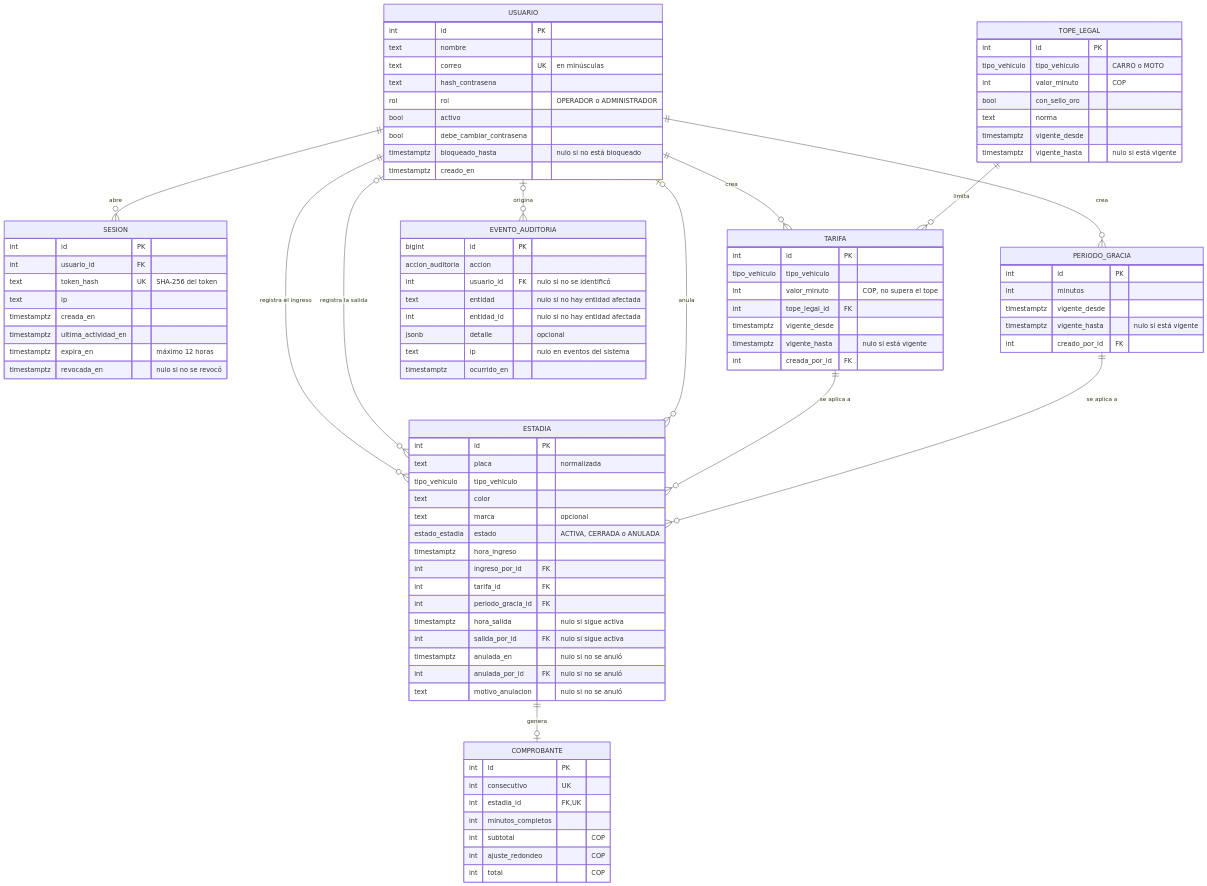
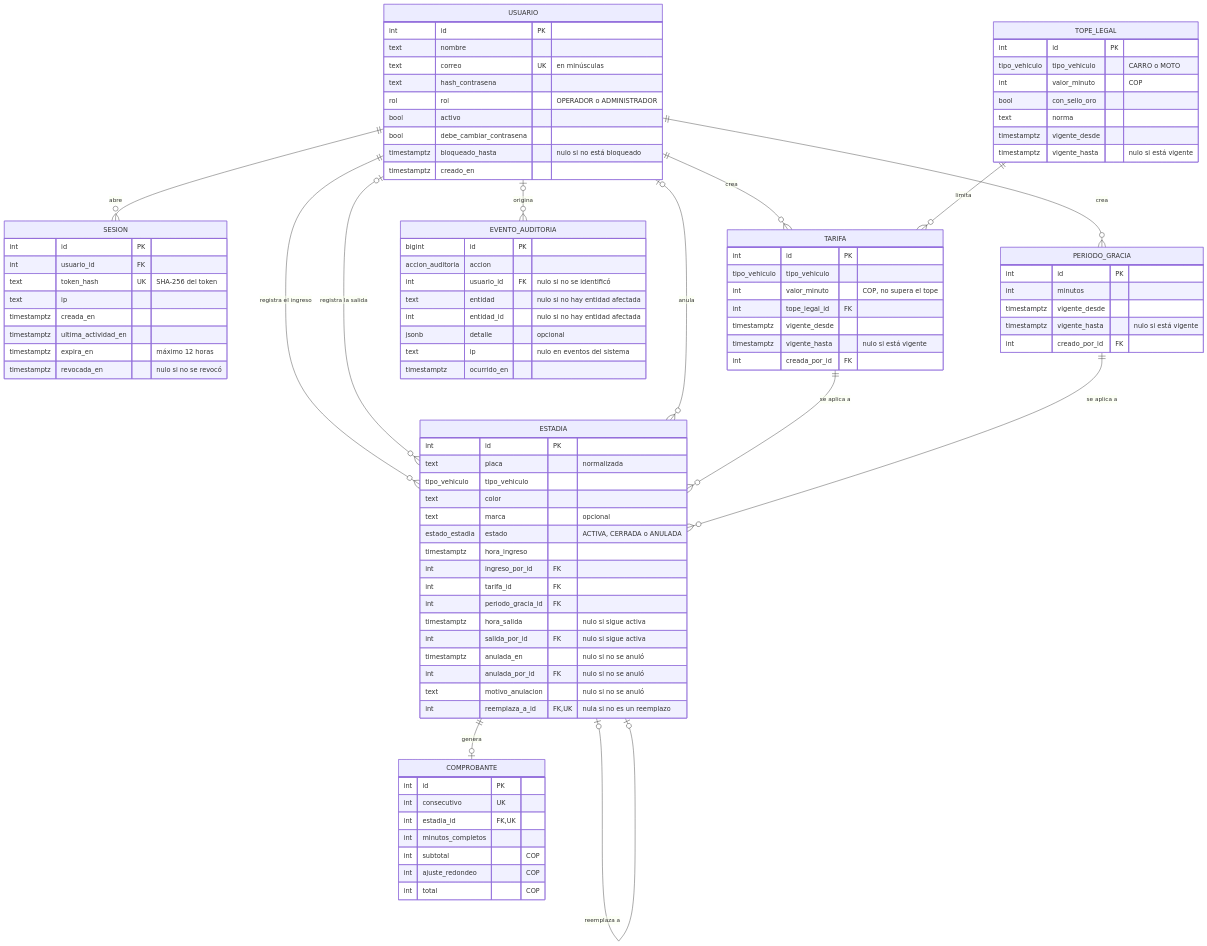
Before and after one commit to wrafael91/parkapp: the second of 2 diagrams in docs/modelo-datos.md, drawn with Mermaid. The commit also changed other lines of this file and 5 other files, not shown here.

````diff
--- a/docs/modelo-datos.md
+++ b/docs/modelo-datos.md
@@ -153,6 +155,7 @@
         timestamptz anulada_en "nulo si no se anuló"
         int anulada_por_id FK "nulo si no se anuló"
         text motivo_anulacion "nulo si no se anuló"
+        int reemplaza_a_id FK, UK "nula si no es un reemplazo"
     }
     COMPROBANTE {
         int id PK
@@ -184,4 +187,5 @@
     TARIFA ||--o{ ESTADIA : "se aplica a"
     PERIODO_GRACIA ||--o{ ESTADIA : "se aplica a"
     ESTADIA ||--o| COMPROBANTE : "genera"
+    ESTADIA |o--o| ESTADIA : "reemplaza a"
 ```
````
